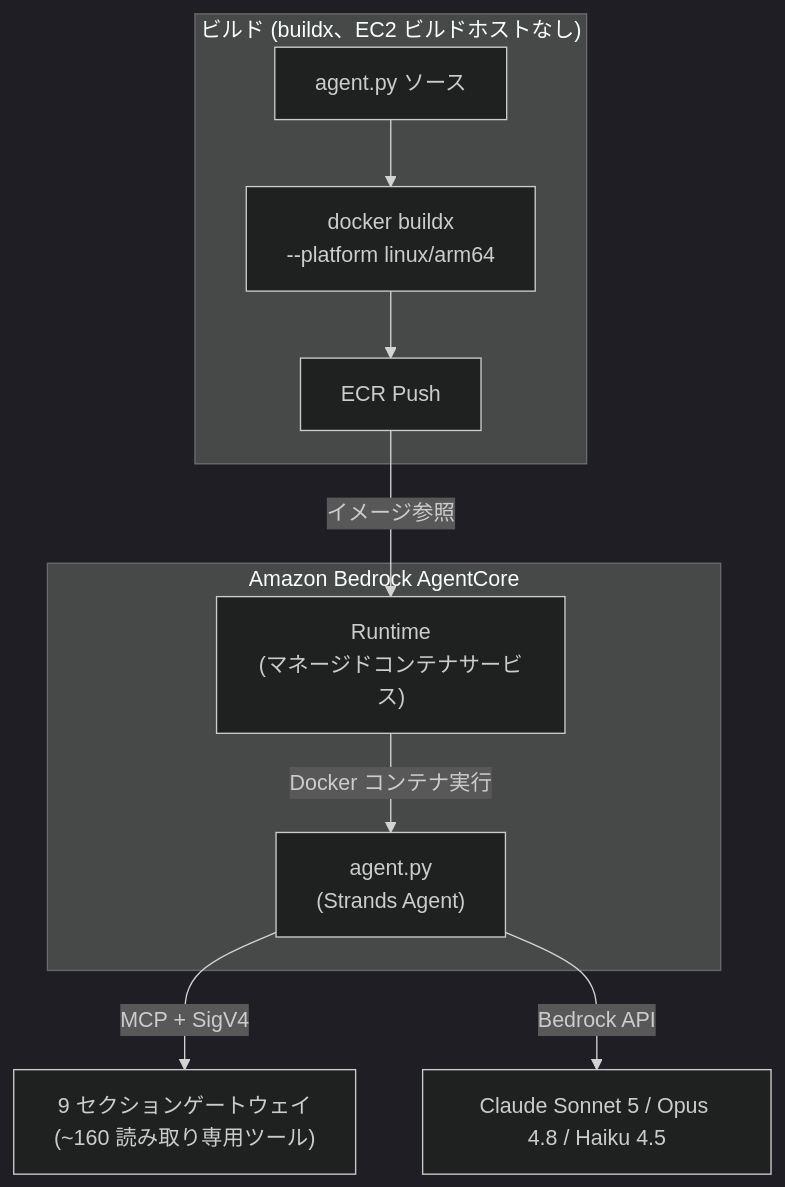
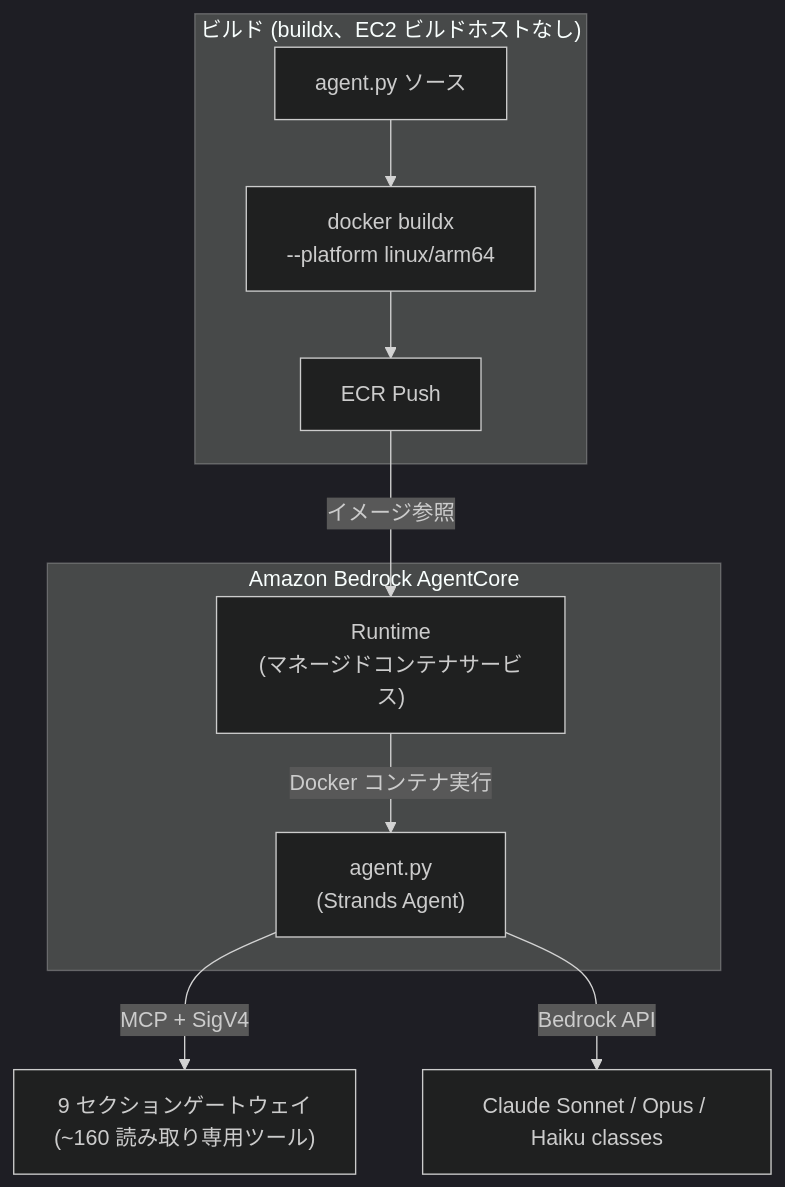
Before and after one commit to aws-samples/sample-awsops: the second of 7 diagrams in docs-site/i18n/ja/docusaurus-plugin-content-docs/current/faq/agentcore-memory.md, drawn with Mermaid (dark theme). The commit also changed other lines of this file and 38 other files, not shown here.

````diff
--- a/docs-site/i18n/ja/docusaurus-plugin-content-docs/current/faq/agentcore-memory.md
+++ b/docs-site/i18n/ja/docusaurus-plugin-content-docs/current/faq/agentcore-memory.md
@@ -40,17 +40,17 @@
 ```mermaid
 flowchart TD
   subgraph AC["Amazon Bedrock AgentCore"]
     RT["Runtime<br/>(マネージドコンテナサービス)"]
     RT -->|"Docker コンテナ実行"| AGENT["agent.py<br/>(Strands Agent)"]
   end
 
   subgraph BUILD["ビルド (buildx、EC2 ビルドホストなし)"]
     SRC["agent.py ソース"] --> DOCKER["docker buildx<br/>--platform linux/arm64"]
     DOCKER --> ECR["ECR Push"]
   end
 
   ECR -->|"イメージ参照"| RT
 
   AGENT -->|"MCP + SigV4"| GW["9 セクションゲートウェイ<br/>(~160 読み取り専用ツール)"]
-  AGENT -->|"Bedrock API"| MODEL["Claude Sonnet 5 / Opus 4.8 / Haiku 4.5"]
+  AGENT -->|"Bedrock API"| MODEL["Claude Sonnet / Opus / Haiku classes"]
 ```
````
